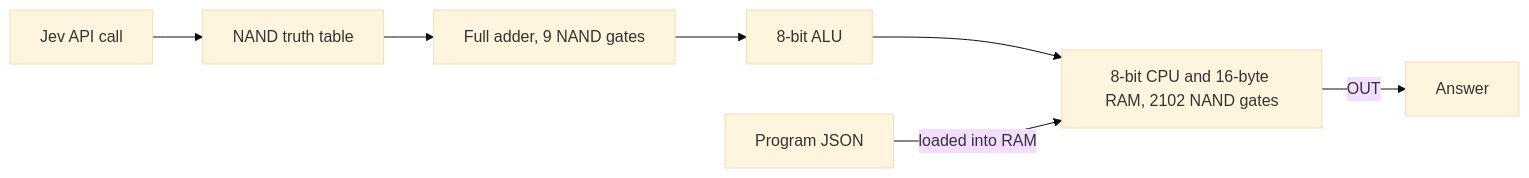
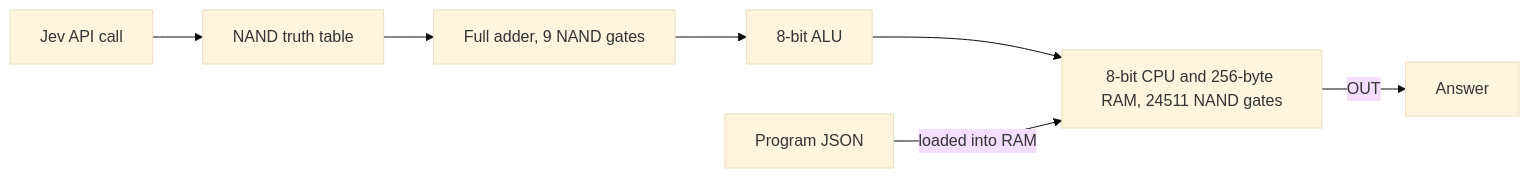
The first of 3 diagrams in README.md (RiwRiwara/jev-computer), drawn with Mermaid (base theme) before and after one commit. The commit also changed other lines of this file and 19 other files, not shown here.

````diff
--- a/README.md
+++ b/README.md
@@ -13,9 +13,9 @@
 ```mermaid
 flowchart LR
     Q[Jev API call] --> T[NAND truth table]
     T --> FA[Full adder, 9 NAND gates]
     FA --> ALU[8-bit ALU]
-    ALU --> CPU[8-bit CPU and 16-byte RAM, 2102 NAND gates]
+    ALU --> CPU[8-bit CPU and 256-byte RAM, 24511 NAND gates]
     P[Program JSON] -->|loaded into RAM| CPU
     CPU -->|OUT| ANS[Answer]
 ```
````
